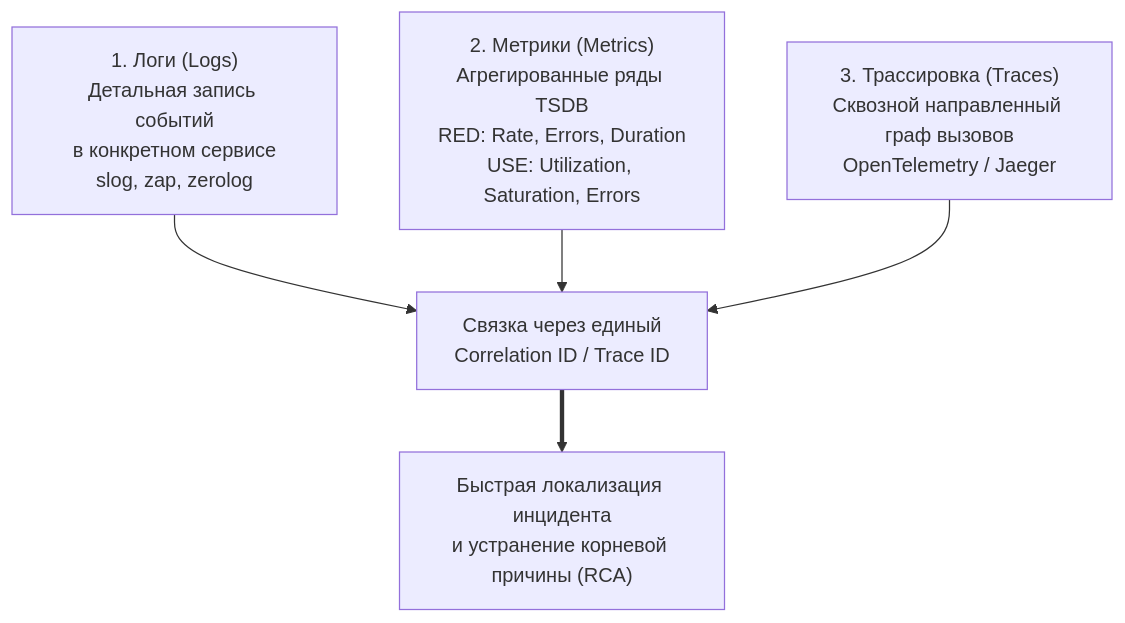
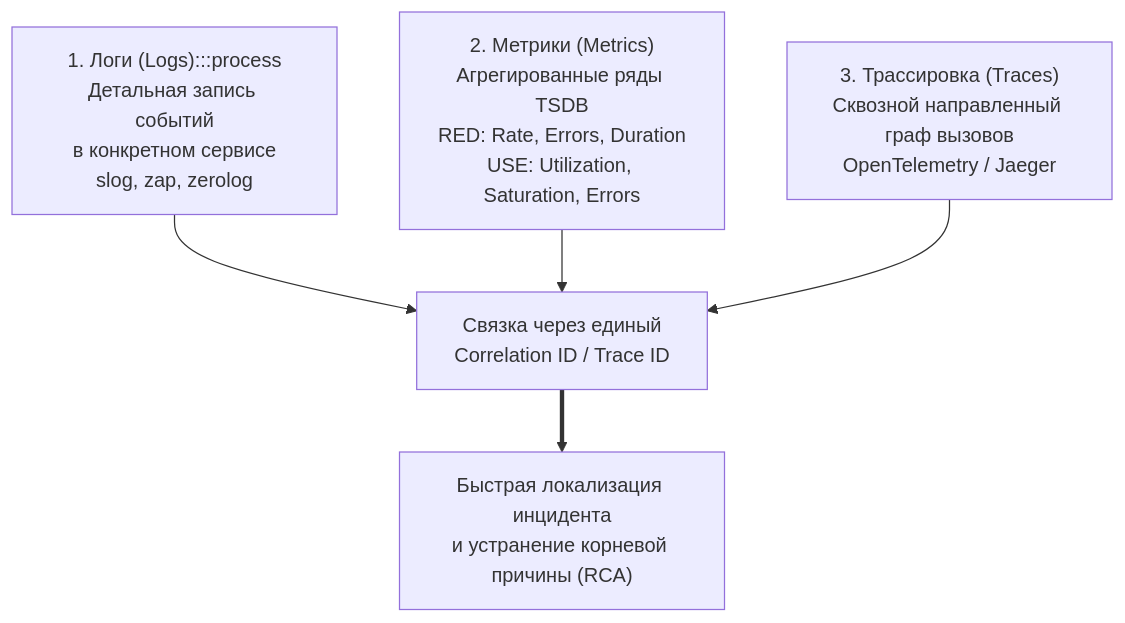
Before and after one commit to UnrealTemplier/go-textbook: the first of 2 diagrams in sources/14. Распределенные системы на Go/08. Практика/8. Debugging distributed systems.md, drawn with Mermaid. The commit also changed other lines of this file and 1666 other files, not shown here.

First line of the commit message:
feat(mermaid): add semantic color classDef to 1369 colorless flowchart/graph diagrams

````diff
--- a/sources/14. Распределенные системы на Go/08. Практика/8. Debugging distributed systems.md
+++ b/sources/14. Распределенные системы на Go/08. Практика/8. Debugging distributed systems.md
@@ -37,8 +37,18 @@
 ```mermaid
 flowchart TD
-    Logs["1. Логи (Logs)\nДетальная запись событий\nв конкретном сервисе\nslog, zap, zerolog"] --> Correlation["Связка через единый\nCorrelation ID / Trace ID"]
+    classDef process  fill:#1e293b,stroke:#38bdf8,stroke-width:1px,color:#f8fafc
+    classDef success  fill:#064e3b,stroke:#34d399,stroke-width:1px,color:#f8fafc
+    classDef error    fill:#7f1d1d,stroke:#f87171,stroke-width:1px,color:#f8fafc
+    classDef warning  fill:#78350f,stroke:#fbbf24,stroke-width:1px,color:#f8fafc
+    classDef entry    fill:#1e3a5f,stroke:#38bdf8,stroke-width:2px,color:#f8fafc
+    classDef aux      fill:#334155,stroke:#64748b,stroke-width:1px,color:#f8fafc
+    classDef system   fill:#312e81,stroke:#a78bfa,stroke-width:1px,color:#f8fafc
+    classDef data     fill:#132d29,stroke:#2dd4bf,stroke-width:1px,color:#f8fafc
+    classDef network  fill:#881337,stroke:#fb7185,stroke-width:1px,color:#f8fafc
+    classDef accent   fill:#1e1b4b,stroke:#818cf8,stroke-width:1px,color:#f8fafc
+    Logs["1. Логи (Logs):::process\nДетальная запись событий\nв конкретном сервисе\nslog, zap, zerolog"] --> Correlation["Связка через единый\nCorrelation ID / Trace ID"]
     Metrics["2. Метрики (Metrics)\nАгрегированные ряды TSDB\nRED: Rate, Errors, Duration\nUSE: Utilization, Saturation, Errors"] --> Correlation
     Traces["3. Трассировка (Traces)\nСквозной направленный граф вызовов\nOpenTelemetry / Jaeger"] --> Correlation
     
     Correlation ==> Debug["Быстрая локализация инцидента\nи устранение корневой причины (RCA)"]
 ```
````
